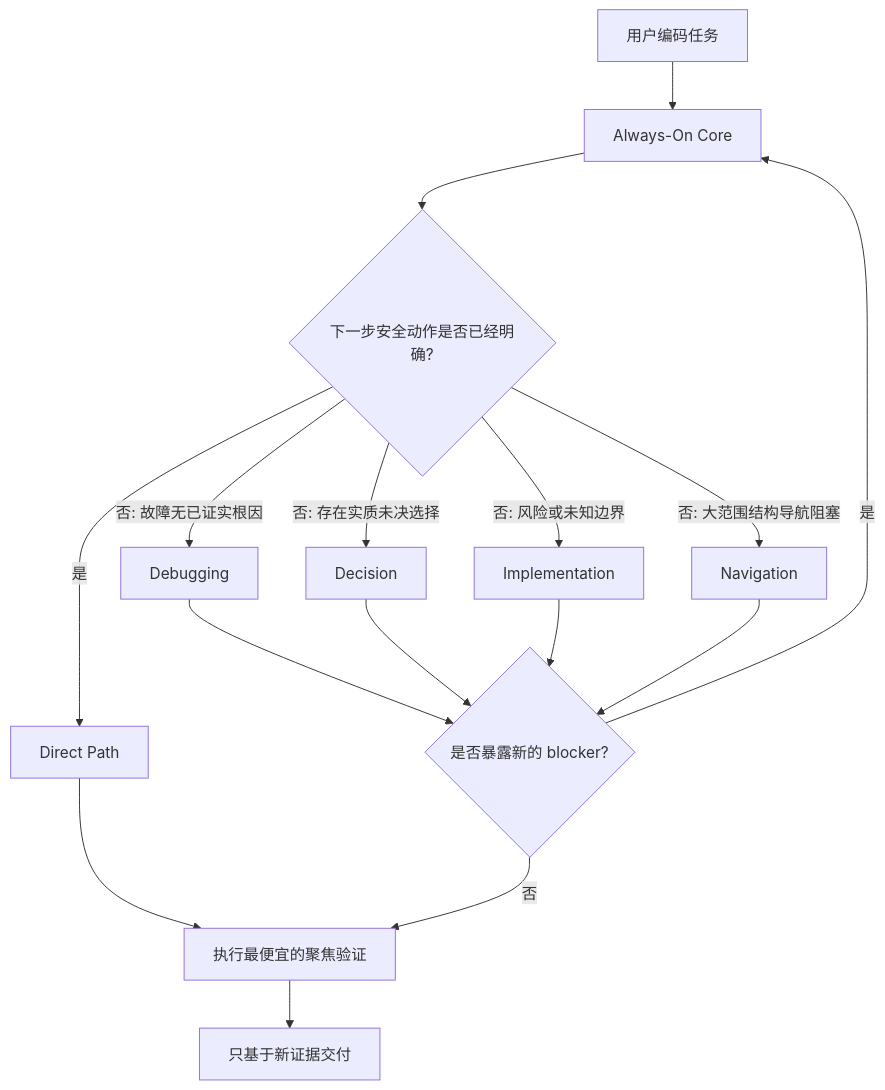
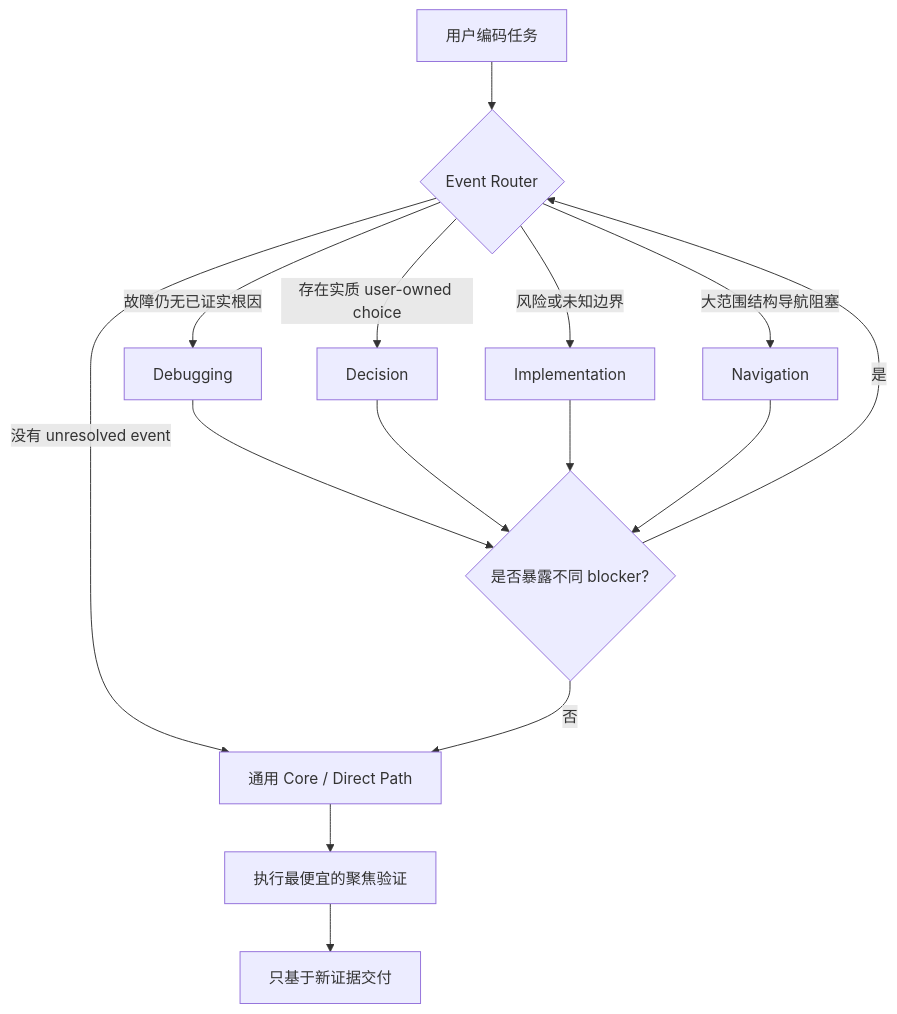
Before and after one commit to Hubujiu/practical-coding: the diagram in README_zh.md, drawn with Mermaid. The commit also changed other lines of this file, not shown here.

Commit message:
同步 Core 与 Router 职责边界

````diff
--- a/README_zh.md
+++ b/README_zh.md
@@ -92,19 +92,18 @@
 ```mermaid
 flowchart TB
-    T[用户编码任务] --> C[Always-On Core]
-    C --> Q{下一步安全动作是否已经明确?}
-    Q -->|是| D[Direct Path]
-    Q -->|否: 故障无已证实根因| G[Debugging]
-    Q -->|否: 存在实质未决选择| A[Decision]
-    Q -->|否: 风险或未知边界| I[Implementation]
-    Q -->|否: 大范围结构导航阻塞| N[Navigation]
+    T[用户编码任务] --> R{Event Router}
+    R -->|没有 unresolved event| C[通用 Core / Direct Path]
+    R -->|故障仍无已证实根因| G[Debugging]
+    R -->|存在实质 user-owned choice| A[Decision]
+    R -->|风险或未知边界| I[Implementation]
+    R -->|大范围结构导航阻塞| N[Navigation]
 
-    G --> R{是否暴露新的 blocker?}
-    A --> R
-    I --> R
-    N --> R
-    R -->|否| V[执行最便宜的聚焦验证]
-    R -->|是| C
-    D --> V
+    G --> B{是否暴露不同 blocker?}
+    A --> B
+    I --> B
+    N --> B
+    B -->|是| R
+    B -->|否| C
+    C --> V[执行最便宜的聚焦验证]
     V --> O[只基于新证据交付]
 ```
````
